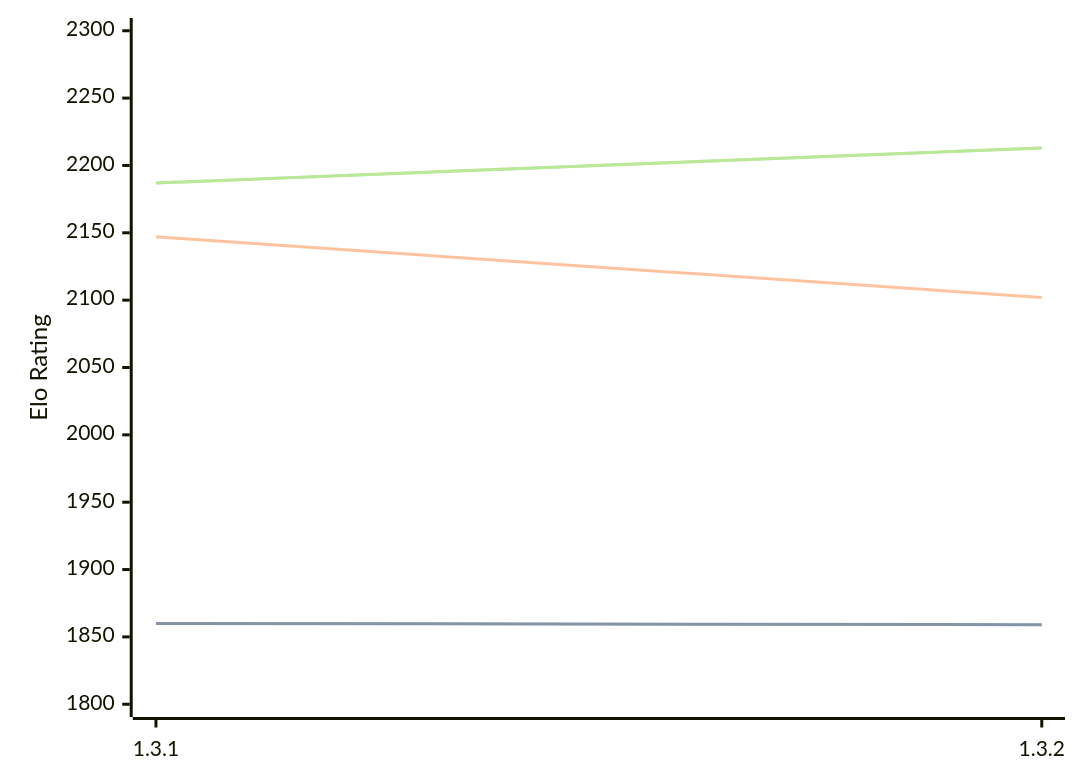
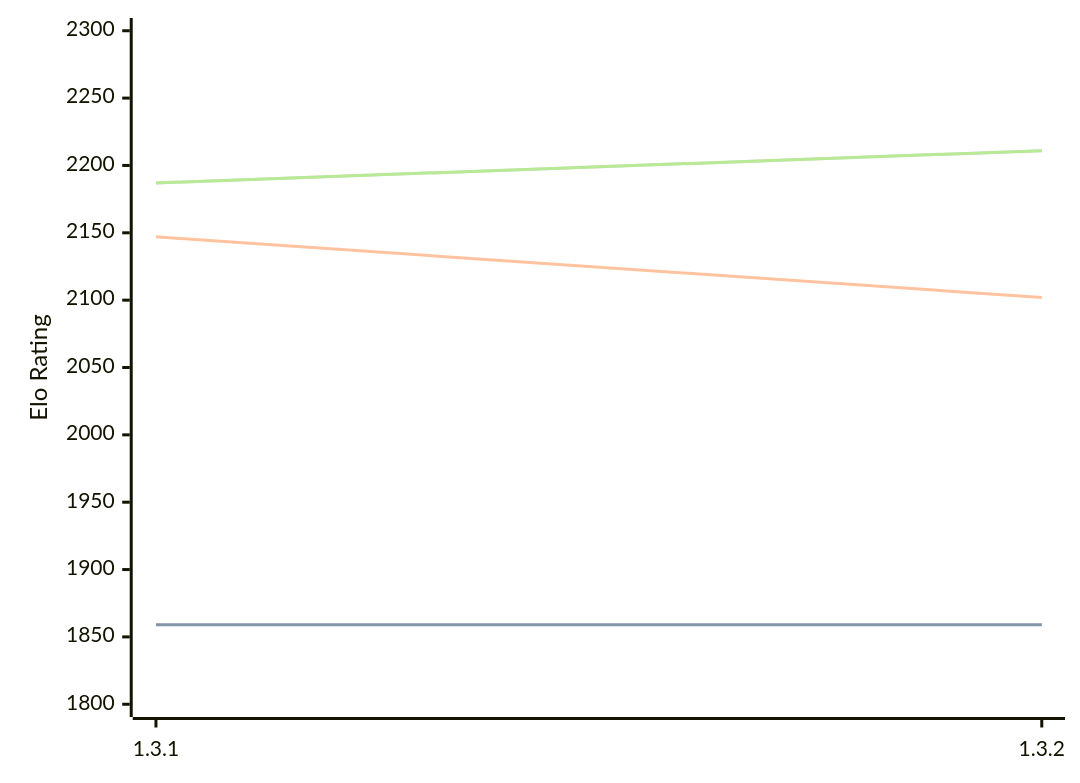
The diagram in engines/Zugblitz.md (computer-chess-index/cci), drawn with Mermaid before and after one commit. The commit also changed other lines of this file, not shown here.

Commit message:
Update CCI Ratings (ELO VLTC) - 2026-09-17

````diff
--- a/engines/Zugblitz.md
+++ b/engines/Zugblitz.md
@@ -32,11 +32,11 @@
 ```mermaid
 %%{init: {"theme":"base","themeVariables":{"seriesColors:['#a3a3a3','#222221','#faa371']}}}%%
 xychart-beta
   x-axis ["1.3.1", "1.3.2"]
   y-axis "Elo Rating" 1800 --> 2300
-  line "" [1860, 1859]
-  line "STC (8.0+0.08s)" [1860, 1859]
+  line "" [1859, 1859]
+  line "STC (8.0+0.08s)" [1859, 1859]
   line "LTC (60.0+0.60s)" [2147, 2102]
-  line "" [2187, 2213]
-  line "VLTC (2m24s+1.12s)" [2187, 2213]
+  line "" [2187, 2211]
+  line "VLTC (2m24s+1.12s)" [2187, 2211]
 ```
````
